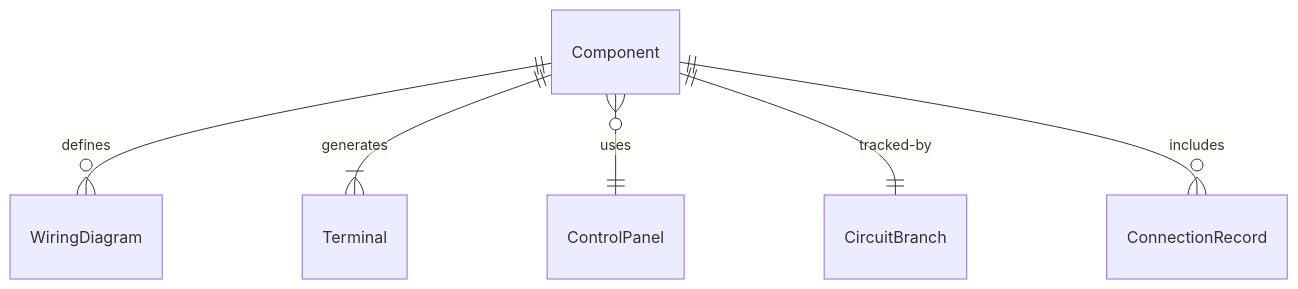
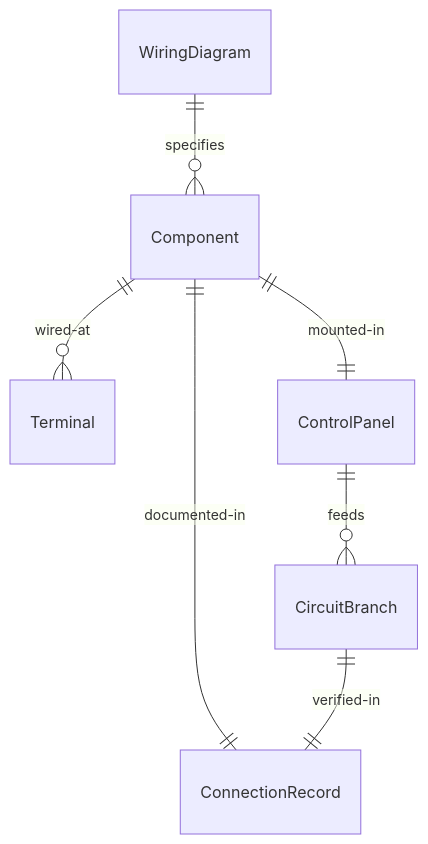
One commit to dot-org-ai/tasks.org.ai changed the first of 4 diagrams in HandlingAndMovingObjects/ConnectComponentsOrSupplyLinesToEquipmentOrTools/ConnectElectricalComponentsEquipment.mdx. Above: the diagram before and after it, drawn with Mermaid. The commit also changed other lines of this file and 515 other files, not shown here.

````diff
--- a/HandlingAndMovingObjects/ConnectComponentsOrSupplyLinesToEquipmentOrTools/ConnectElectricalComponentsEquipment.mdx
+++ b/HandlingAndMovingObjects/ConnectComponentsOrSupplyLinesToEquipmentOrTools/ConnectElectricalComponentsEquipment.mdx
@@ -83,8 +83,9 @@
 ```mermaid
 erDiagram
-    Component ||--o{ WiringDiagram : "defines"
-    Component ||--|{ Terminal : "generates"
-    Component }o--|| ControlPanel : "uses"
-    Component ||--|| CircuitBranch : "tracked-by"
-    Component ||--o{ ConnectionRecord : "includes"
+    WiringDiagram ||--o{ Component : "specifies"
+    Component ||--o{ Terminal : "wired-at"
+    Component ||--|| ControlPanel : "mounted-in"
+    ControlPanel ||--o{ CircuitBranch : "feeds"
+    Component ||--|| ConnectionRecord : "documented-in"
+    CircuitBranch ||--|| ConnectionRecord : "verified-in"
 ```
````
